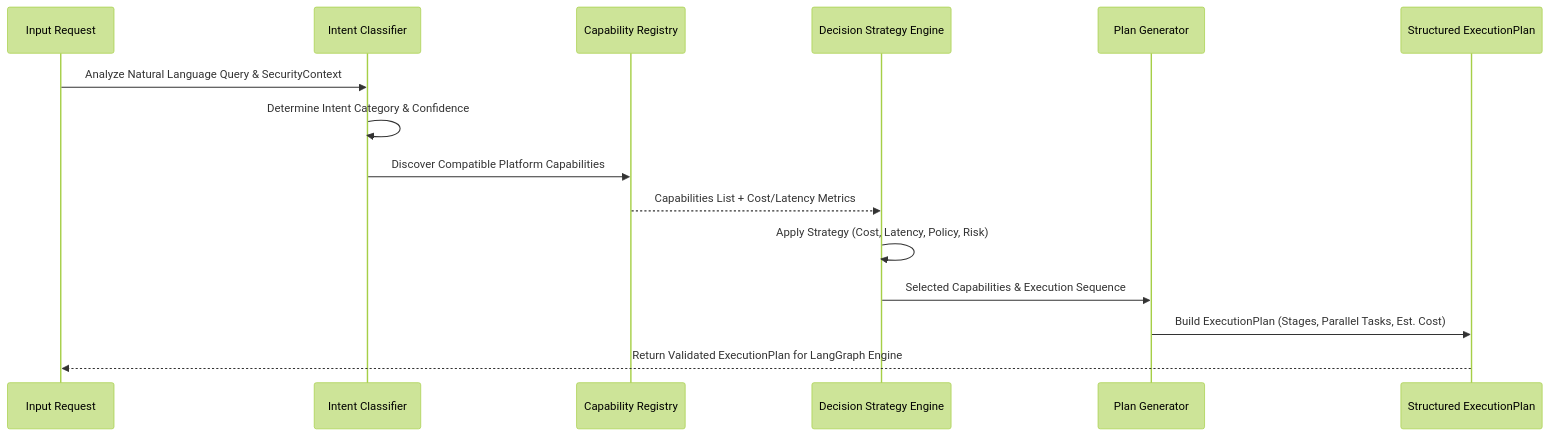
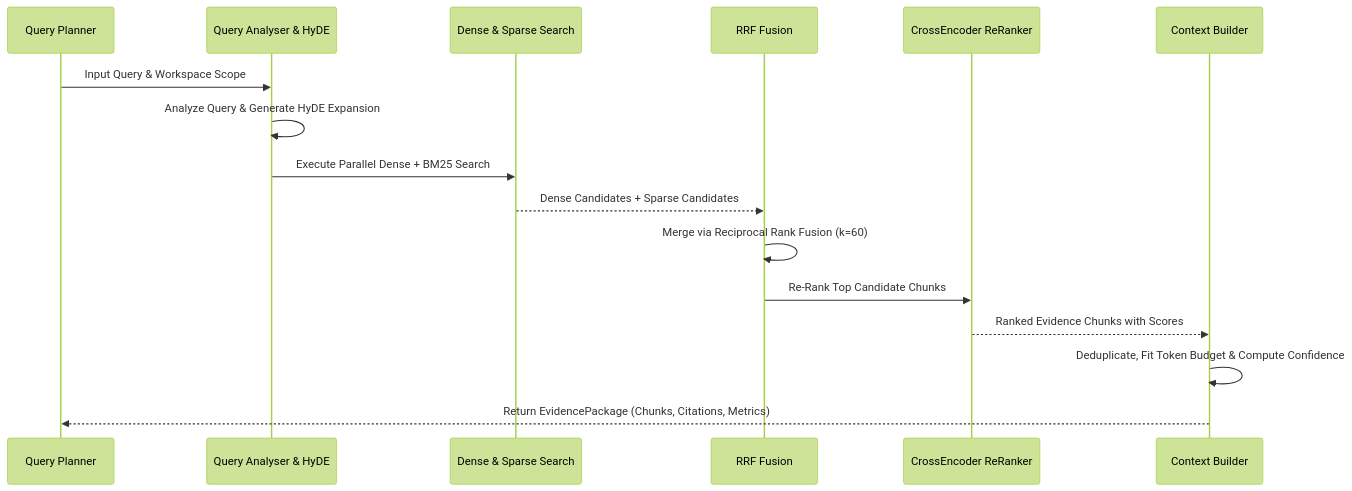
The second of 2 diagrams in README.md (sreeram0343/ragtune), drawn with Mermaid (forest theme) before and after one commit. The commit also changed other lines of this file, not shown here.

Commit message:
docs: update README with Enterprise Hybrid Retrieval Engine architecture, dual-path search, RRF fusion, Cross-Encoder re-ranking, and diagrams

````diff
--- a/README.md
+++ b/README.md
@@ -81,18 +83,19 @@
 ```mermaid
 sequenceDiagram
-    participant Request as Input Request
-    participant Classifier as Intent Classifier
-    participant Registry as Capability Registry
-    participant Decision as Decision Strategy Engine
-    participant Planner as Plan Generator
-    participant ExecPlan as Structured ExecutionPlan
+    participant Planner as Query Planner
+    participant HyDE as Query Analyser & HyDE
+    participant Search as Dense & Sparse Search
+    participant Fusion as RRF Fusion
+    participant ReRanker as CrossEncoder ReRanker
+    participant Context as Context Builder
 
-    Request->>Classifier: Analyze Natural Language Query & SecurityContext
-    Classifier->>Classifier: Determine Intent Category & Confidence
-    Classifier->>Registry: Discover Compatible Platform Capabilities
-    Registry-->>Decision: Capabilities List + Cost/Latency Metrics
-    Decision->>Decision: Apply Strategy (Cost, Latency, Policy, Risk)
-    Decision->>Planner: Selected Capabilities & Execution Sequence
-    Planner->>ExecPlan: Build ExecutionPlan (Stages, Parallel Tasks, Est. Cost)
-    ExecPlan-->>Request: Return Validated ExecutionPlan for LangGraph Engine
+    Planner->>HyDE: Input Query & Workspace Scope
+    HyDE->>HyDE: Analyze Query & Generate HyDE Expansion
+    HyDE->>Search: Execute Parallel Dense + BM25 Search
+    Search-->>Fusion: Dense Candidates + Sparse Candidates
+    Fusion->>Fusion: Merge via Reciprocal Rank Fusion (k=60)
+    Fusion->>ReRanker: Re-Rank Top Candidate Chunks
+    ReRanker-->>Context: Ranked Evidence Chunks with Scores
+    Context->>Context: Deduplicate, Fit Token Budget & Compute Confidence
+    Context-->>Planner: Return EvidencePackage (Chunks, Citations, Metrics)
 ```
````
